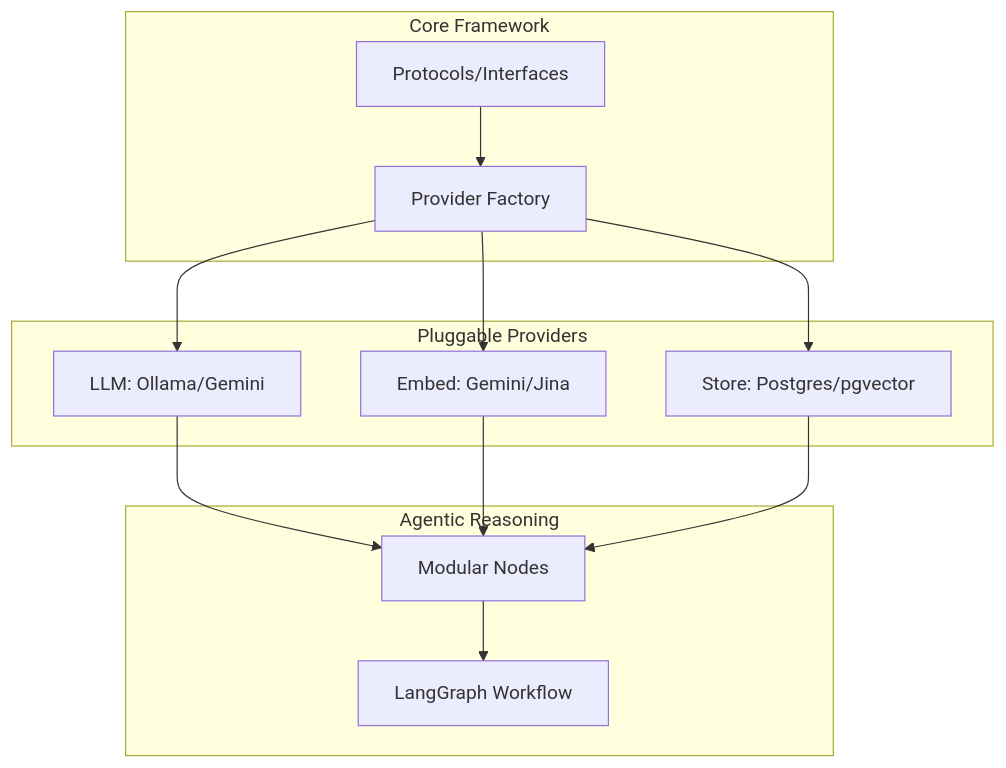
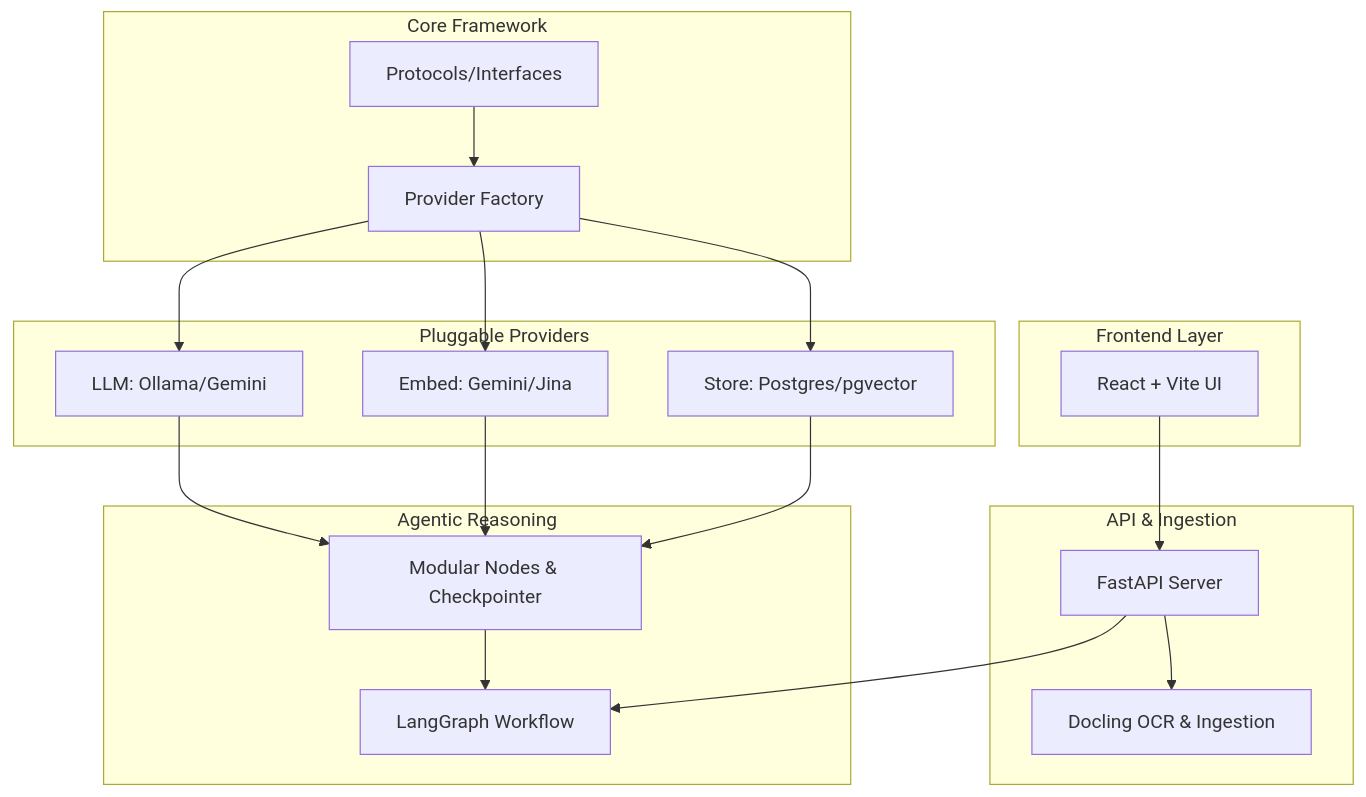
Before and after one commit to ImBharatkumar/Agentic-RAG-Platform: the diagram in README.md, drawn with Mermaid. The commit also changed other lines of this file and 6 other files, not shown here.

Commit message:
Update UI documentation to React + Vite, streaming graph callback, and remove Gradio dependency

````diff
--- a/README.md
+++ b/README.md
@@ -28,23 +31,34 @@
 ```mermaid
 graph TB
+    subgraph "Frontend Layer"
+        UI[React + Vite UI]
+    end
+
+    subgraph "API & Ingestion"
+        API[FastAPI Server]
+        OCR[Docling OCR & Ingestion]
+    end
+
     subgraph "Core Framework"
         Factory[Provider Factory]
         Proto[Protocols/Interfaces]
     end
 
     subgraph "Pluggable Providers"
         LLM[LLM: Ollama/Gemini]
         Embed[Embed: Gemini/Jina]
         Store[Store: Postgres/pgvector]
     end
     
     subgraph "Agentic Reasoning"
         Graph[LangGraph Workflow]
-        Nodes[Modular Nodes]
+        Nodes[Modular Nodes & Checkpointer]
     end
 
+    UI --> API
+    API --> OCR & Graph
     Proto --> Factory
     Factory --> LLM & Embed & Store
     LLM & Embed & Store --> Nodes
     Nodes --> Graph
 ```
````
